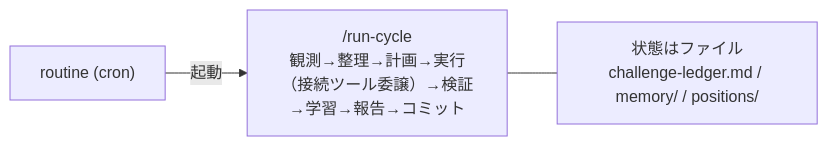
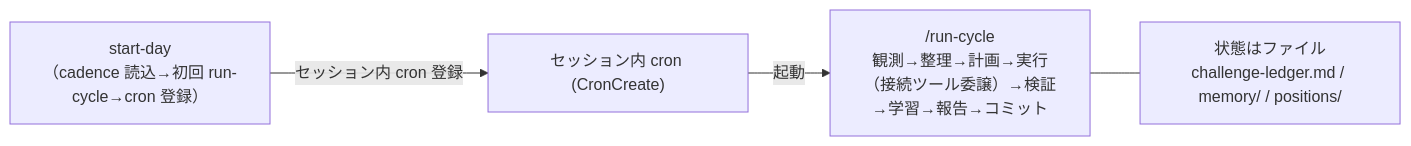
The fourth of 4 diagrams in docs/architecture.md (masanami/claude-flywheel), drawn with Mermaid before and after one commit. The commit also changed other lines of this file and 4 other files, not shown here.

First line of the commit message:
feat: start-day スキルでセッション内 cron による run-cycle の定期自走

````diff
--- a/docs/architecture.md
+++ b/docs/architecture.md
@@ -413,5 +413,6 @@
 ```mermaid
 flowchart LR
-    cron["routine (cron)"] -->|起動| cycle["/run-cycle<br/>観測→整理→計画→実行（接続ツール委譲）→検証→学習→報告→コミット"]
+    startday["start-day<br/>（cadence 読込→初回 run-cycle→cron 登録）"] -->|セッション内 cron 登録| cron["セッション内 cron (CronCreate)"]
+    cron -->|起動| cycle["/run-cycle<br/>観測→整理→計画→実行（接続ツール委譲）→検証→学習→報告→コミット"]
     cycle --- state["状態はファイル<br/>challenge-ledger.md / memory/ / positions/"]
 ```
````
